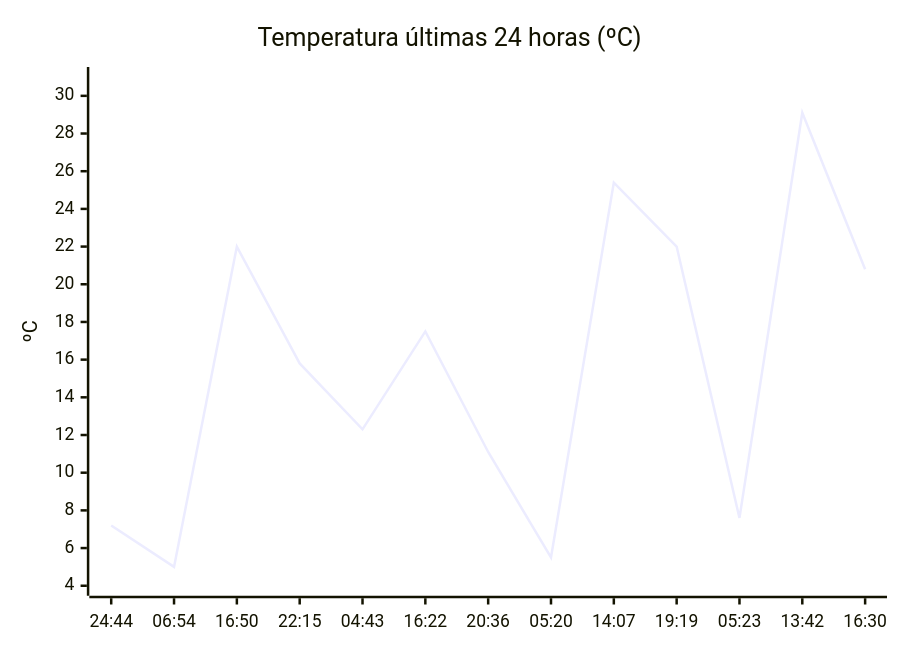
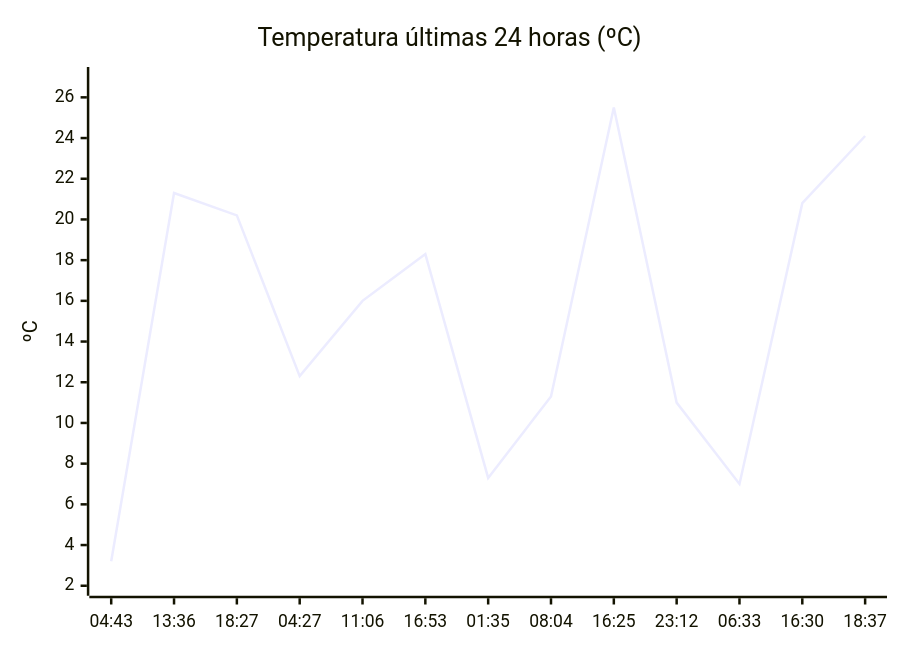
One commit to solidsnk86/rem-scrap changed the diagram in README.md. Above: the diagram before and after it, drawn with Mermaid. The commit also changed other lines of this file, not shown here.

````diff
--- a/README.md
+++ b/README.md
@@ -36,7 +36,7 @@
 ```mermaid
 xychart-beta
     title "Temperatura últimas 24 horas (ºC)"
-    x-axis ["24:44", "06:54", "16:50", "22:15", "04:43", "16:22", "20:36", "05:20", "14:07", "19:19", "05:23", "13:42", "16:30"]
-    y-axis "ºC" 4 --> 31
-    line [7.2, 5, 22, 15.8, 12.3, 17.5, 11.1, 5.5, 25.4, 22, 7.6, 29.1, 20.8]
+    x-axis ["04:43", "13:36", "18:27", "04:27", "11:06", "16:53", "01:35", "08:04", "16:25", "23:12", "06:33", "16:30", "18:37"]
+    y-axis "ºC" 2 --> 27
+    line [3.2, 21.3, 20.2, 12.3, 16, 18.3, 7.3, 11.3, 25.5, 11, 7, 20.8, 24.1]
 ```
````
